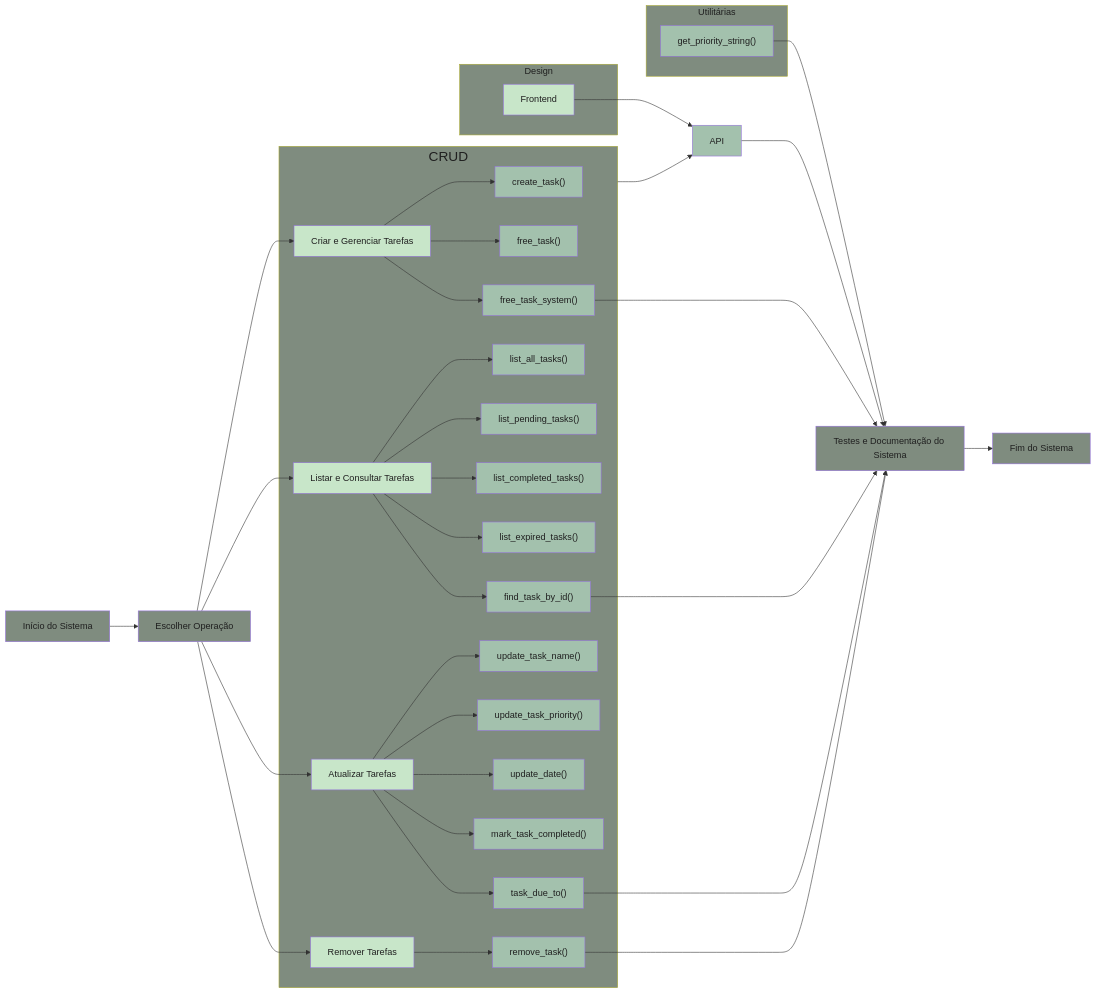
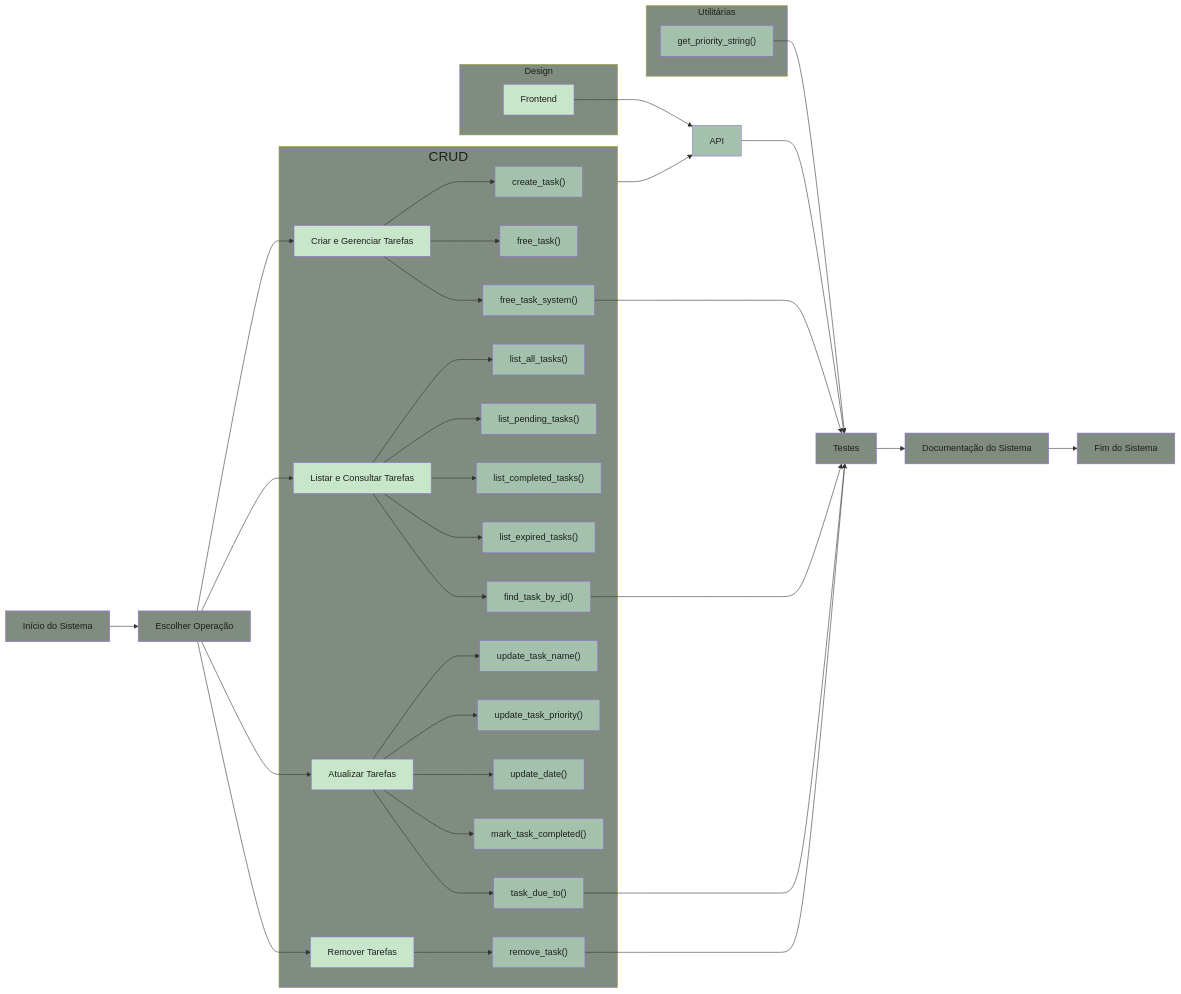
Before and after one commit to nova-account/sistema-gerenciamento-tarefas: the diagram in flowchart.md, drawn with Mermaid.

````diff
--- a/flowchart.md
+++ b/flowchart.md
@@ -2,73 +2,75 @@
 ```mermaid
 flowchart LR
  subgraph CRUD["<font size=5.5>CRUD</font>"]
         C1["create_task()"]
         C["Criar e Gerenciar Tarefas"]
         C2["free_task()"]
         C3["free_task_system()"]
         D1["list_all_tasks()"]
         D["Listar e Consultar Tarefas"]
         D2["list_pending_tasks()"]
         D3["list_completed_tasks()"]
         D4["list_expired_tasks()"]
         D5["find_task_by_id()"]
         E1["update_task_name()"]
         E["Atualizar Tarefas"]
         E2["update_task_priority()"]
         E3["update_date()"]
         E4["mark_task_completed()"]
         E5["task_due_to()"]
         F1["remove_task()"]
         F["Remover Tarefas"]
   end
  subgraph s1["Utilitárias"]
         U1["get_priority_string()"]
   end
  subgraph s2["Design"]
         G["Frontend"]
   end
     A["Início do Sistema"] --> B["Escolher Operação"]
     B --> C & D & E & F
     C --> C1 & C2 & C3
     D --> D1 & D2 & D3 & D4 & D5
     E --> E1 & E2 & E3 & E4 & E5
     F --> F1
     G --> H["API"]
     CRUD --> H
     H --> T1
-    C3 --> T1["Testes e Documentação do Sistema"]
+    C3 --> T1["Testes"]
     F1 --> T1
     D5 --> T1
     E5 --> T1
     U1 --> T1
-    T1 --> Z["Fim do Sistema"]
+    T1 --> T2["Documentação do Sistema"]
+    T2 --> Z["Fim do Sistema"]
 
     style C1 fill:#a3c1ad,color:#1f1f1f
     style C fill:#C8E6C9,color:#1f1f1f
     style C2 fill:#a3c1ad,color:#1f1f1f
     style C3 fill:#a3c1ad,color:#1f1f1f
     style D1 fill:#a3c1ad,color:#1f1f1f
     style D fill:#C8E6C9,color:#1f1f1f
     style D2 fill:#a3c1ad,color:#1f1f1f
     style D3 fill:#a3c1ad,color:#1f1f1f
     style D4 fill:#a3c1ad,color:#1f1f1f
     style D5 fill:#a3c1ad,color:#1f1f1f
     style E1 fill:#a3c1ad,color:#1f1f1f
     style E fill:#C8E6C9,color:#1f1f1f
     style E2 fill:#a3c1ad,color:#1f1f1f
     style E3 fill:#a3c1ad,color:#1f1f1f
     style E4 fill:#a3c1ad,color:#1f1f1f
     style E5 fill:#a3c1ad,color:#1f1f1f
     style F1 fill:#a3c1ad,color:#1f1f1f
     style F fill:#C8E6C9,color:#1f1f1f
     style U1 fill:#a3c1ad,color:#1f1f1f
     style G fill:#C8E6C9,color:#1f1f1f
     style H fill:#a3c1ad,color:#1f1f1f
     style A fill:#7f8c7f,color:#1f1f1f
     style B fill:#7f8c7f,color:#1f1f1f
     style CRUD fill:#7f8c7f,color:#1f1f1f
     style T1 fill:#7f8c7f,color:#1f1f1f
+    style T2 fill:#7f8c7f,color:#1f1f1f
     style Z fill:#7f8c7f,color:#1f1f1f
     style s2 fill:#7f8c7f,color:#1f1f1f
     style s1 fill:#7f8c7f,color:#1f1f1f
 ```
````
